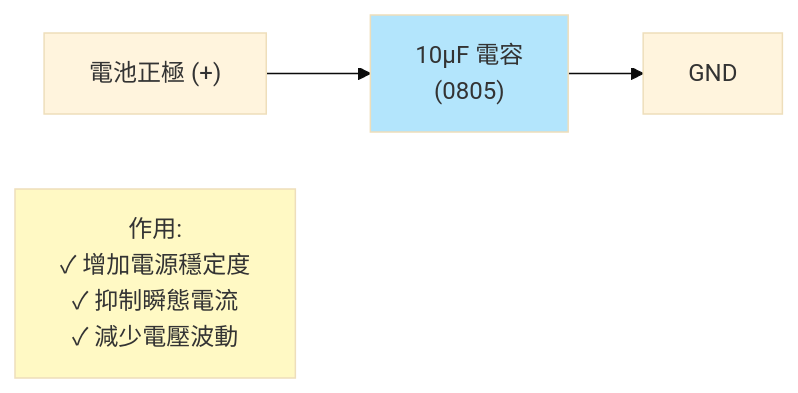
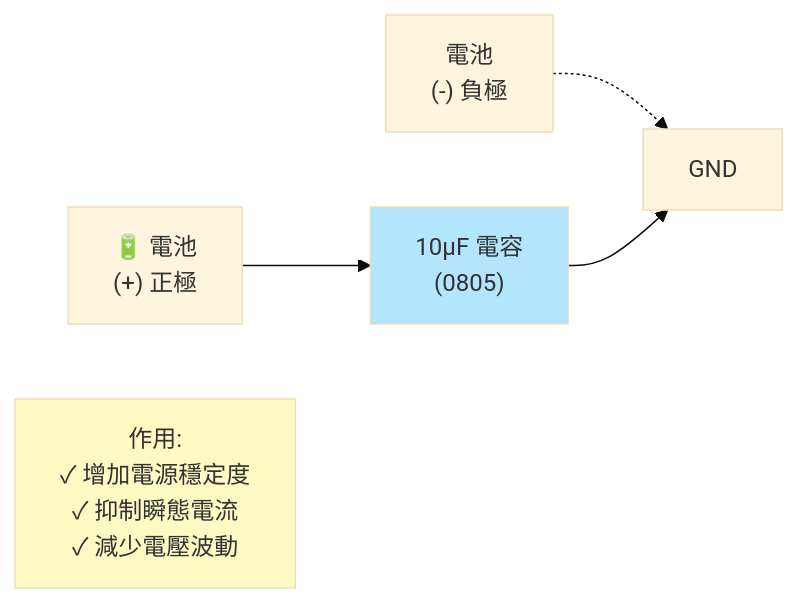
The fifth of 5 diagrams in battery_management/hardware/WIRING_DIAGRAM.md (DanielYJHsieh/esp32c3), drawn with Mermaid (base theme) before and after one commit. The commit also changed other lines of this file and 1 other file, not shown here.

````diff
--- a/battery_management/hardware/WIRING_DIAGRAM.md
+++ b/battery_management/hardware/WIRING_DIAGRAM.md
@@ -328,10 +336,11 @@
 ```mermaid
 graph LR
-    BAT_P3["電池正極 (+)"] --> CAP["10μF 電容<br/>(0805)"]  
-    CAP --> GND4["GND"]
+    BAT_P3["🔋 電池<br/>(+) 正極"] --> CAP["10μF 電容<br/>(0805)"]
+    BAT_N3["電池<br/>(-) 負極"] -.-> GND4["GND"]
+    CAP --> GND4
     
     NOTE["作用:<br/>✓ 增加電源穩定度<br/>✓ 抑制瞬態電流<br/>✓ 減少電壓波動"]
     
     style CAP fill:#b3e5fc
     style NOTE fill:#fff9c4
 ```
````
